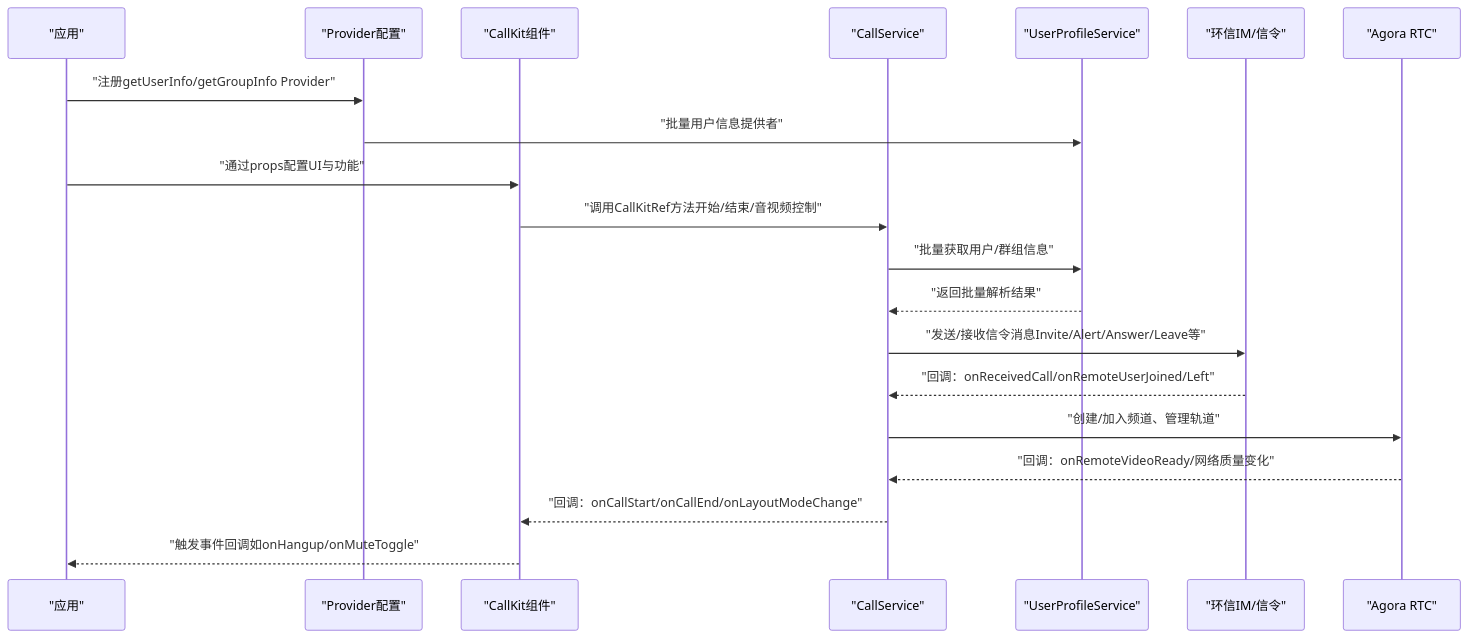
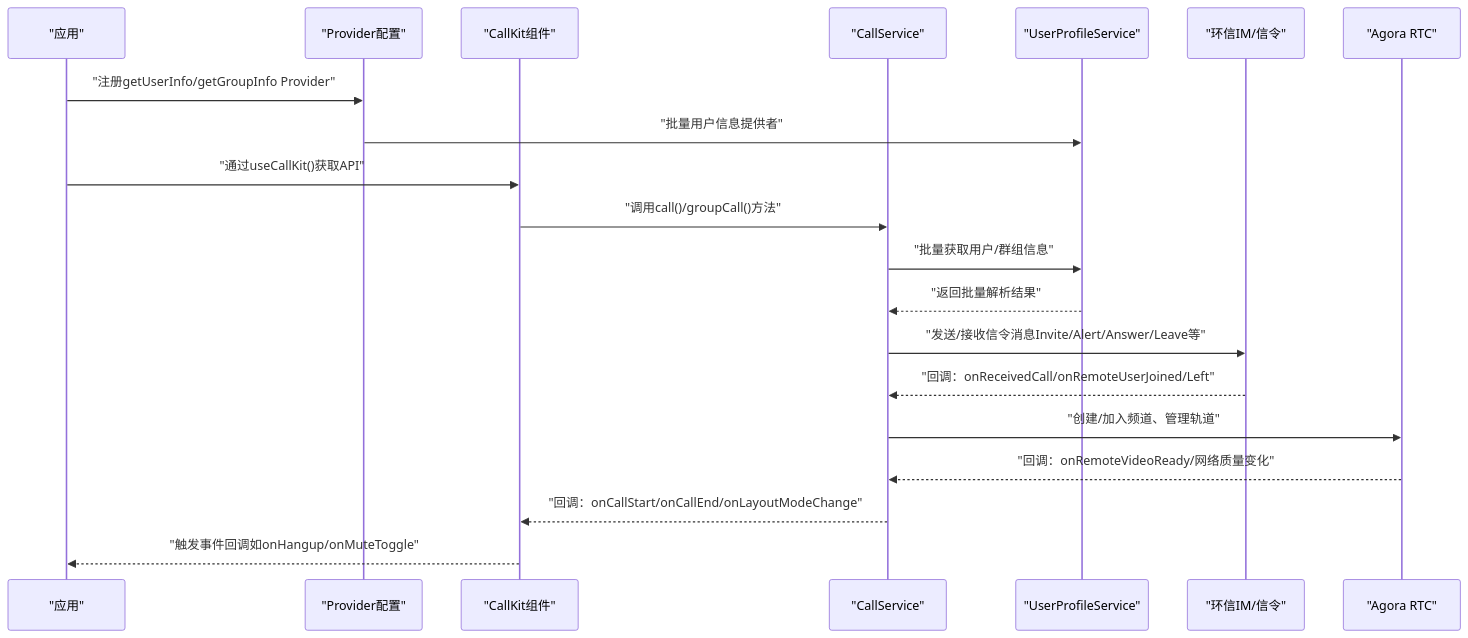
The second of 10 diagrams in .qoder/repowiki/zh/content/类型定义.md (Easemob-Community/easemob-uikit-callkit-vue3), drawn with Mermaid before and after one commit. The commit also changed other lines of this file and 6 other files, not shown here.

````diff
--- a/.qoder/repowiki/zh/content/类型定义.md
+++ b/.qoder/repowiki/zh/content/类型定义.md
@@ -153,22 +159,22 @@
 ```mermaid
 sequenceDiagram
 participant App as "应用"
 participant Provider as "Provider配置"
 participant CallKit as "CallKit组件"
 participant Service as "CallService"
 participant ProfileService as "UserProfileService"
 participant IM as "环信IM/信令"
 participant RTC as "Agora RTC"
 App->>Provider : "注册getUserInfo/getGroupInfo Provider"
 Provider->>ProfileService : "批量用户信息提供者"
-App->>CallKit : "通过props配置UI与功能"
-CallKit->>Service : "调用CallKitRef方法开始/结束/音视频控制"
+App->>CallKit : "通过useCallKit()获取API"
+CallKit->>Service : "调用call()/groupCall()方法"
 Service->>ProfileService : "批量获取用户/群组信息"
 ProfileService-->>Service : "返回批量解析结果"
 Service->>IM : "发送/接收信令消息Invite/Alert/Answer/Leave等"
 IM-->>Service : "回调：onReceivedCall/onRemoteUserJoined/Left"
 Service->>RTC : "创建/加入频道、管理轨道"
 RTC-->>Service : "回调：onRemoteVideoReady/网络质量变化"
 Service-->>CallKit : "回调：onCallStart/onCallEnd/onLayoutModeChange"
 CallKit-->>App : "触发事件回调如onHangup/onMuteToggle"
 ```
````
